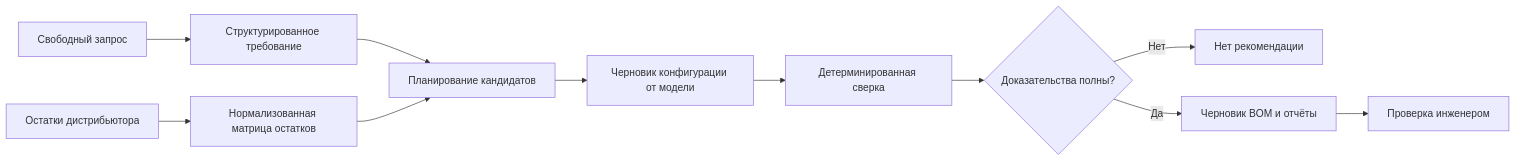
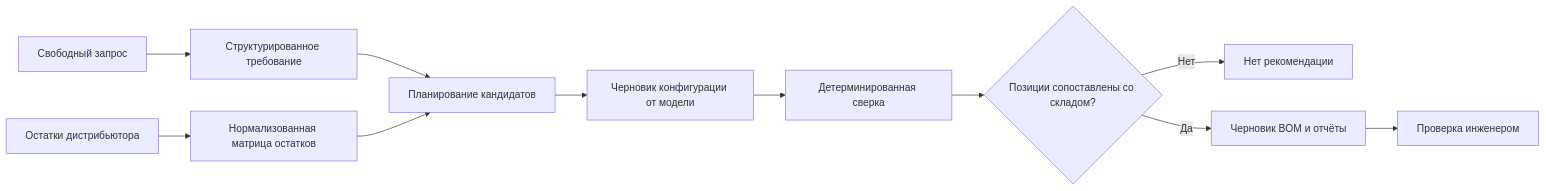
Before and after one commit to pavel-logachev/stock-configurator: the diagram in README.md, drawn with Mermaid. The commit also changed other lines of this file, not shown here.

````diff
--- a/README.md
+++ b/README.md
@@ -80,13 +48,13 @@
 ```mermaid
 flowchart LR
     A[Свободный запрос] --> B[Структурированное требование]
     C[Остатки дистрибьютора] --> D[Нормализованная матрица остатков]
     B --> E[Планирование кандидатов]
     D --> E
     E --> F[Черновик конфигурации от модели]
     F --> G[Детерминированная сверка]
-    G --> H{Доказательства полны?}
+    G --> H{Позиции сопоставлены со складом?}
     H -->|Нет| I[Нет рекомендации]
     H -->|Да| J[Черновик BOM и отчёты]
     J --> K[Проверка инженером]
 ```
````
